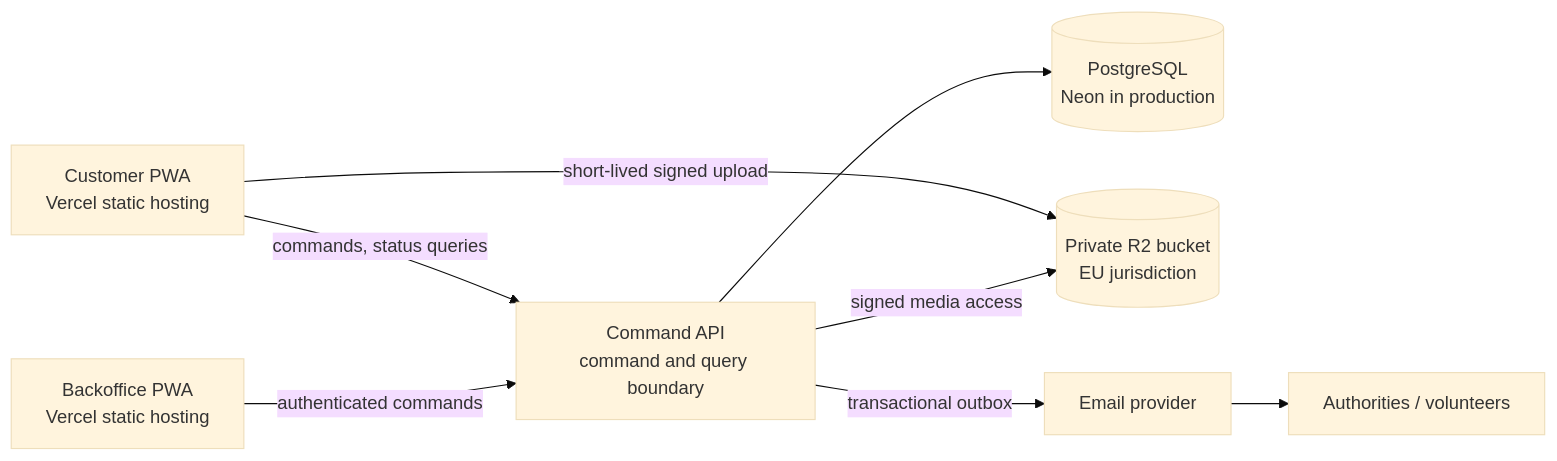
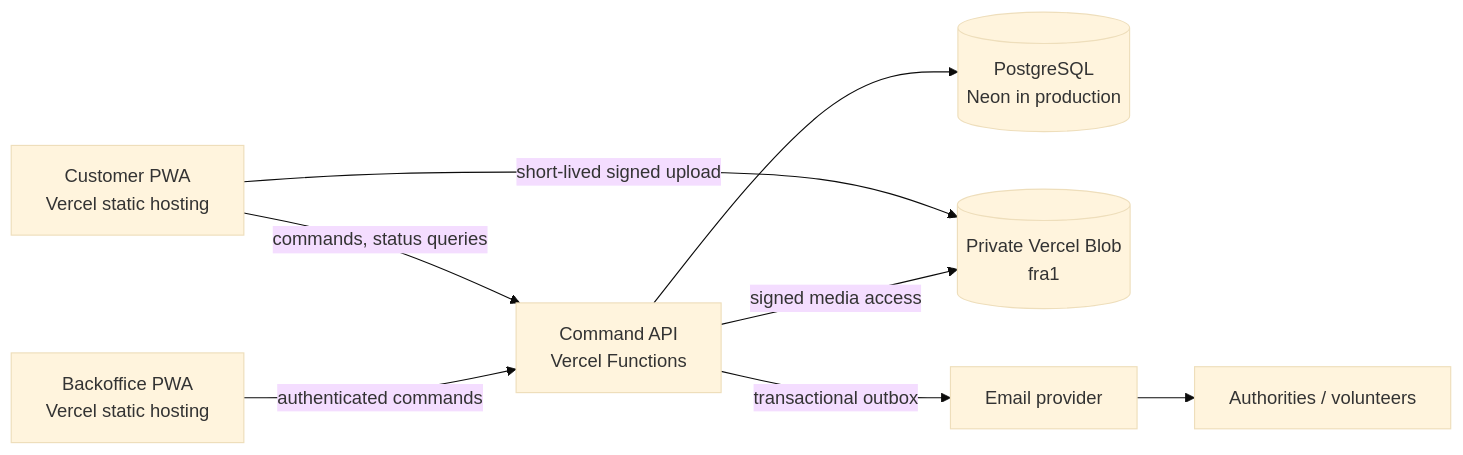
The diagram in README.md (janherich/animal-helper), drawn with Mermaid (base theme) before and after one commit. The commit also changed other lines of this file and 11 other files, not shown here.

````diff
--- a/README.md
+++ b/README.md
@@ -27,18 +27,18 @@
 ```mermaid
 flowchart LR
   Customer["Customer PWA<br/>Vercel static hosting"]
   Admin["Backoffice PWA<br/>Vercel static hosting"]
-  API["Command API<br/>command and query boundary"]
+  API["Command API<br/>Vercel Functions"]
   DB[("PostgreSQL<br/>Neon in production")]
-  Media[("Private R2 bucket<br/>EU jurisdiction")]
+  Media[("Private Vercel Blob<br/>fra1")]
   Mail["Email provider"]
   Bodies["Authorities / volunteers"]
 
   Customer -->|commands, status queries| API
   Customer -->|short-lived signed upload| Media
   Admin -->|authenticated commands| API
   API --> DB
   API -->|signed media access| Media
   API -->|transactional outbox| Mail
   Mail --> Bodies
 ```
````
